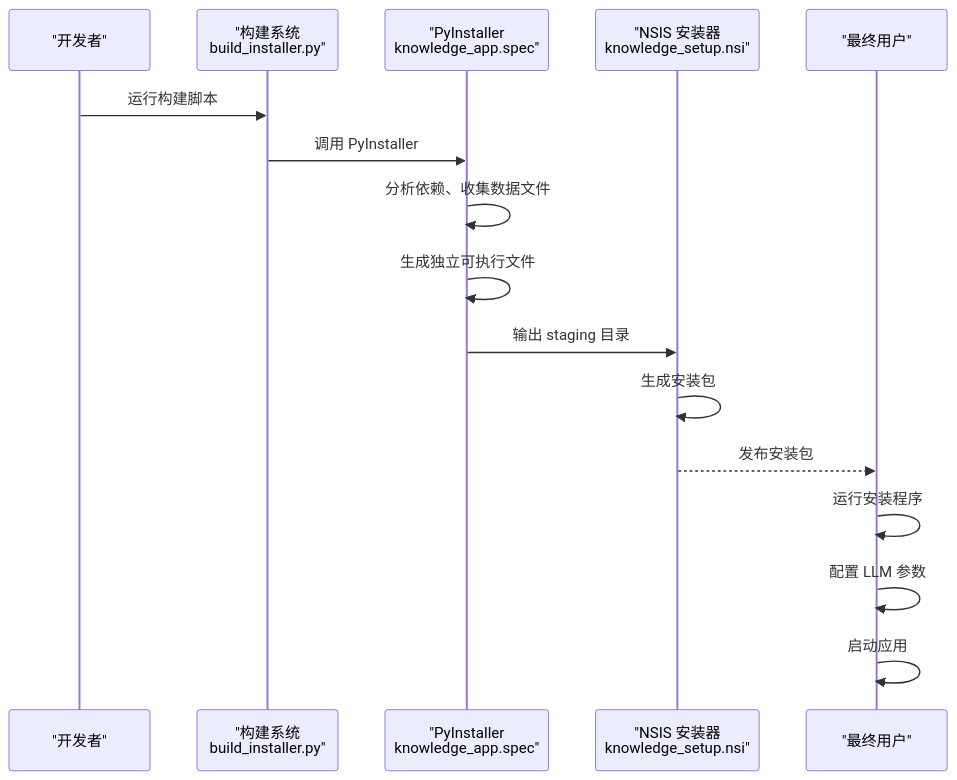
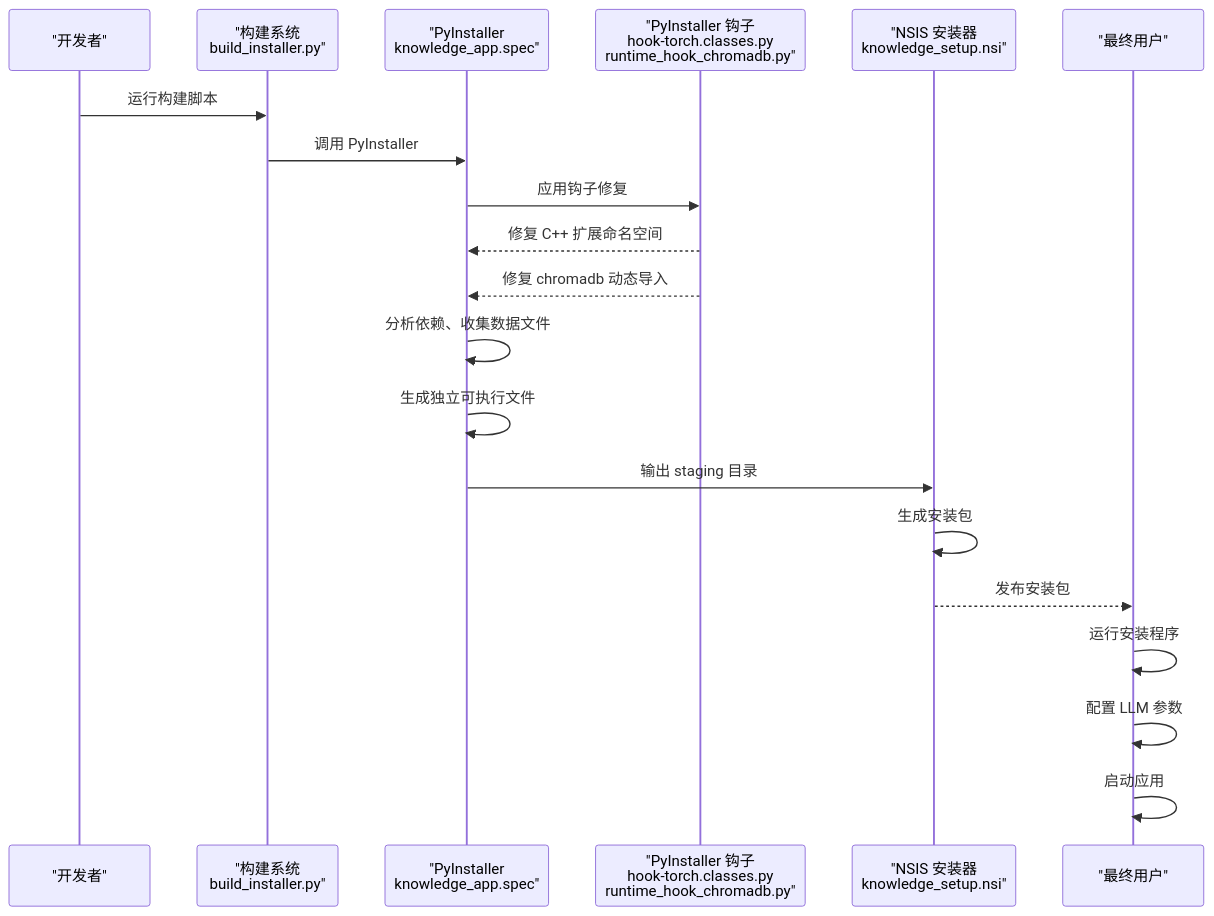
Before and after one commit to joyafa/knowledge: the second of 6 diagrams in .qoder/repowiki/zh/content/部署与运维/部署与运维.md, drawn with Mermaid. The commit also changed other lines of this file and 18 other files, not shown here.

````diff
--- a/.qoder/repowiki/zh/content/部署与运维/部署与运维.md
+++ b/.qoder/repowiki/zh/content/部署与运维/部署与运维.md
@@ -159,18 +167,22 @@
 ```mermaid
 sequenceDiagram
 participant Dev as "开发者"
 participant Build as "构建系统<br/>build_installer.py"
 participant PyI as "PyInstaller<br/>knowledge_app.spec"
+participant Hooks as "PyInstaller 钩子<br/>hook-torch.classes.py<br/>runtime_hook_chromadb.py"
 participant NSIS as "NSIS 安装器<br/>knowledge_setup.nsi"
 participant User as "最终用户"
 Dev->>Build : 运行构建脚本
 Build->>PyI : 调用 PyInstaller
+PyI->>Hooks : 应用钩子修复
+Hooks-->>PyI : 修复 C++ 扩展命名空间
+Hooks-->>PyI : 修复 chromadb 动态导入
 PyI->>PyI : 分析依赖、收集数据文件
 PyI->>PyI : 生成独立可执行文件
 PyI->>NSIS : 输出 staging 目录
 NSIS->>NSIS : 生成安装包
 NSIS-->>User : 发布安装包
 User->>User : 运行安装程序
 User->>User : 配置 LLM 参数
 User->>User : 启动应用
 ```
````
